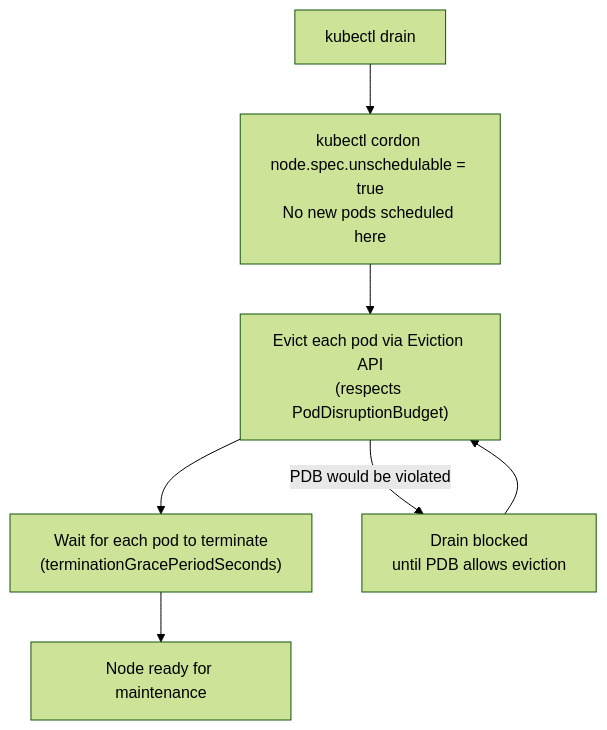
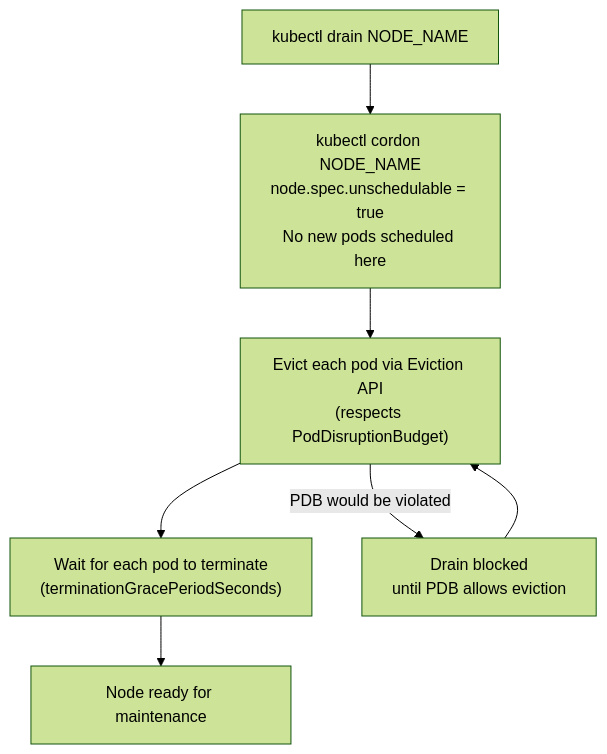
Before and after one commit to deepanshu-rawat6/tour-of-go: the third of 3 diagrams in devops/kubernetes/node-shutdown.md, drawn with Mermaid (forest theme). The commit also changed other lines of this file and 25 other files, not shown here.

````diff
--- a/devops/kubernetes/node-shutdown.md
+++ b/devops/kubernetes/node-shutdown.md
@@ -104,11 +104,11 @@
 ```mermaid
 flowchart TD
-    DRAIN["kubectl drain <node>"] --> CORDON
-    CORDON["kubectl cordon <node><br>node.spec.unschedulable = true<br>No new pods scheduled here"] --> EVICT
+    DRAIN["kubectl drain NODE_NAME"] --> CORDON
+    CORDON["kubectl cordon NODE_NAME<br>node.spec.unschedulable = true<br>No new pods scheduled here"] --> EVICT
     EVICT["Evict each pod via Eviction API<br>(respects PodDisruptionBudget)"] --> WAIT
     WAIT["Wait for each pod to terminate<br>(terminationGracePeriodSeconds)"] --> DONE
     DONE["Node ready for maintenance"]
 
     EVICT -->|"PDB would be violated"| BLOCK["Drain blocked<br>until PDB allows eviction"]
     BLOCK --> EVICT
 ```
````
